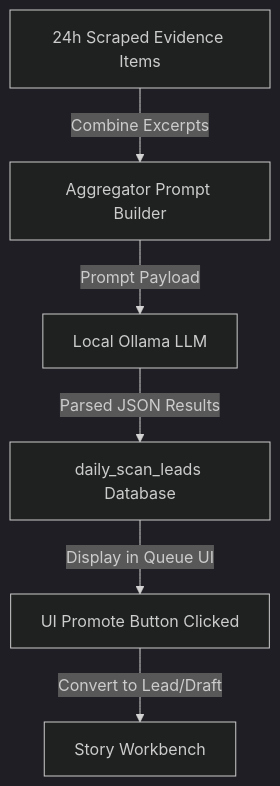
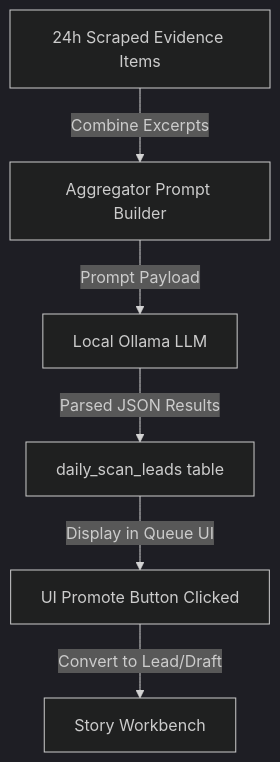
The third of 6 diagrams in docs/architecture.md (scottconverse/CivicNewspaper), drawn with Mermaid (dark theme) before and after one commit. The commit also changed other lines of this file and 78 other files, not shown here.

````diff
--- a/docs/architecture.md
+++ b/docs/architecture.md
@@ -67,8 +69,8 @@
 ```mermaid
 graph TD
     Evidence[24h Scraped Evidence Items] -->|Combine Excerpts| AggregatorPrompt[Aggregator Prompt Builder]
     AggregatorPrompt -->|Prompt Payload| LLM[Local Ollama LLM]
-    LLM -->|Parsed JSON Results| DailyScanLeads[daily_scan_leads Database]
+    LLM -->|Parsed JSON Results| DailyScanLeads[daily_scan_leads table]
     DailyScanLeads -->|Display in Queue UI| UIPromote[UI Promote Button Clicked]
     UIPromote -->|Convert to Lead/Draft| StoryWorkbench[Story Workbench]
 ```
````
